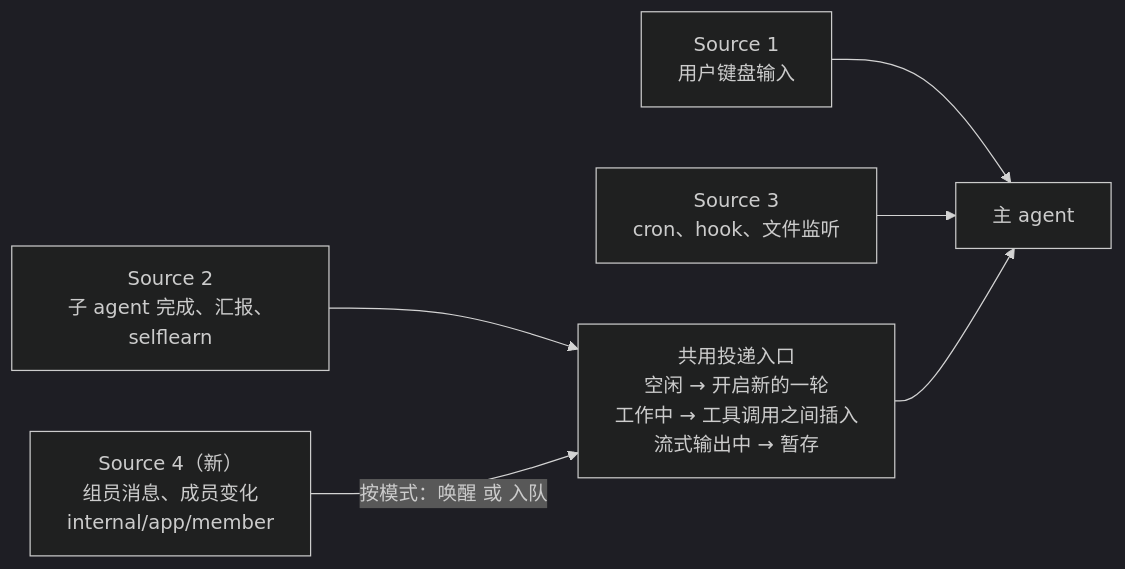
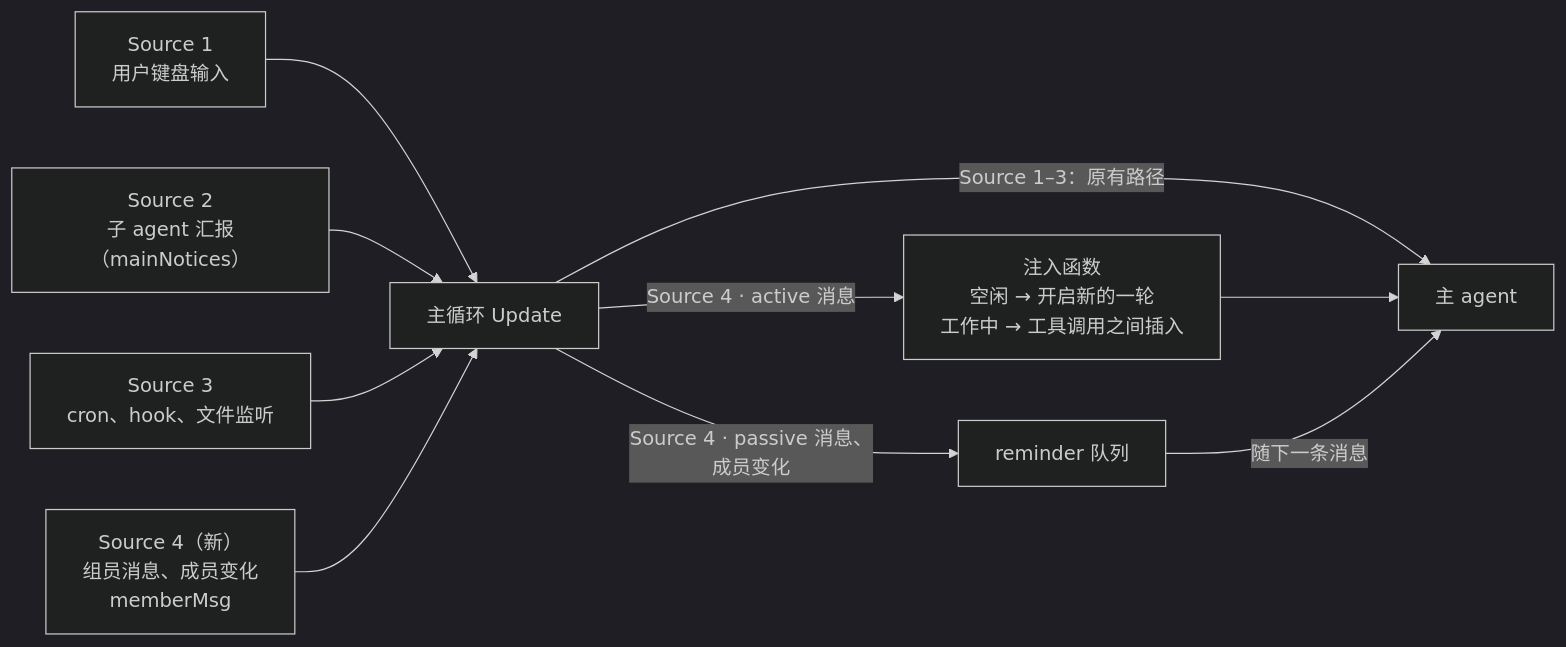
Before and after one commit to genai-io/san: the fifth of 5 diagrams in docs/design/proposals/0003-session-groups.zh.md, drawn with Mermaid (dark theme). The commit also changed other lines of this file and 1 other file, not shown here.

First line of the commit message:
docs(design): PROP-0003 — Source 4 enters the main loop on its own

````diff
--- a/docs/design/proposals/0003-session-groups.zh.md
+++ b/docs/design/proposals/0003-session-groups.zh.md
@@ -320,8 +322,10 @@
 ```mermaid
 flowchart LR
-    S1["Source 1<br/>用户键盘输入"] --> A
-    S2["Source 2<br/>子 agent 完成、汇报、selflearn"] --> D
-    S3["Source 3<br/>cron、hook、文件监听"] --> A
-    S4["Source 4（新）<br/>组员消息、成员变化<br/>internal/app/member"] -->|按模式：唤醒 或 入队| D
-    D["共用投递入口<br/>空闲 → 开启新的一轮<br/>工作中 → 工具调用之间插入<br/>流式输出中 → 暂存"] --> A["主 agent"]
+    S1["Source 1<br/>用户键盘输入"] --> U
+    S2["Source 2<br/>子 agent 汇报（mainNotices）"] --> U
+    S3["Source 3<br/>cron、hook、文件监听"] --> U
+    S4["Source 4（新）<br/>组员消息、成员变化<br/>memberMsg"] --> U
+    U["主循环 Update"] -->|"Source 1–3：原有路径"| A["主 agent"]
+    U -->|"Source 4 · active 消息"| I["注入函数<br/>空闲 → 开启新的一轮<br/>工作中 → 工具调用之间插入"] --> A
+    U -->|"Source 4 · passive 消息、成员变化"| Q["reminder 队列"] -->|随下一条消息| A
 ```
````
